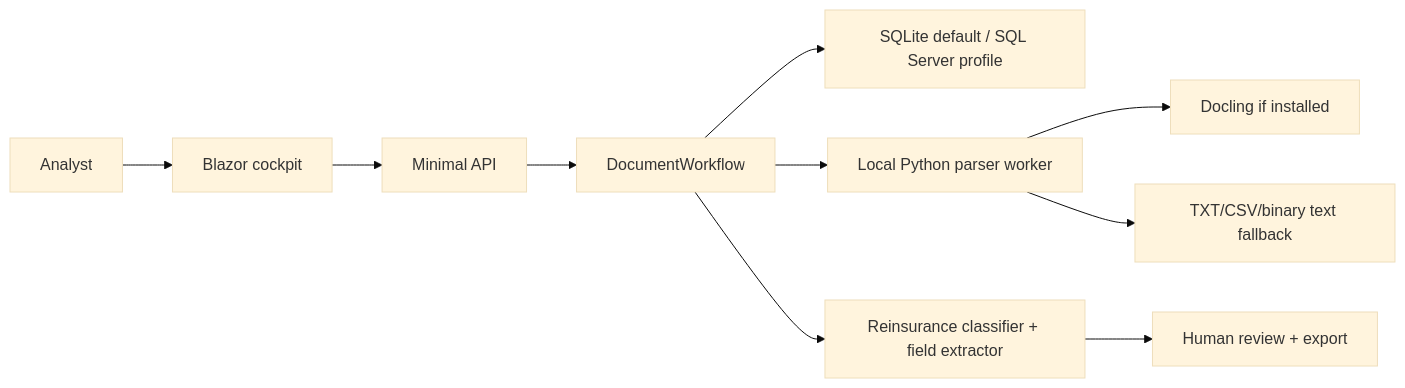
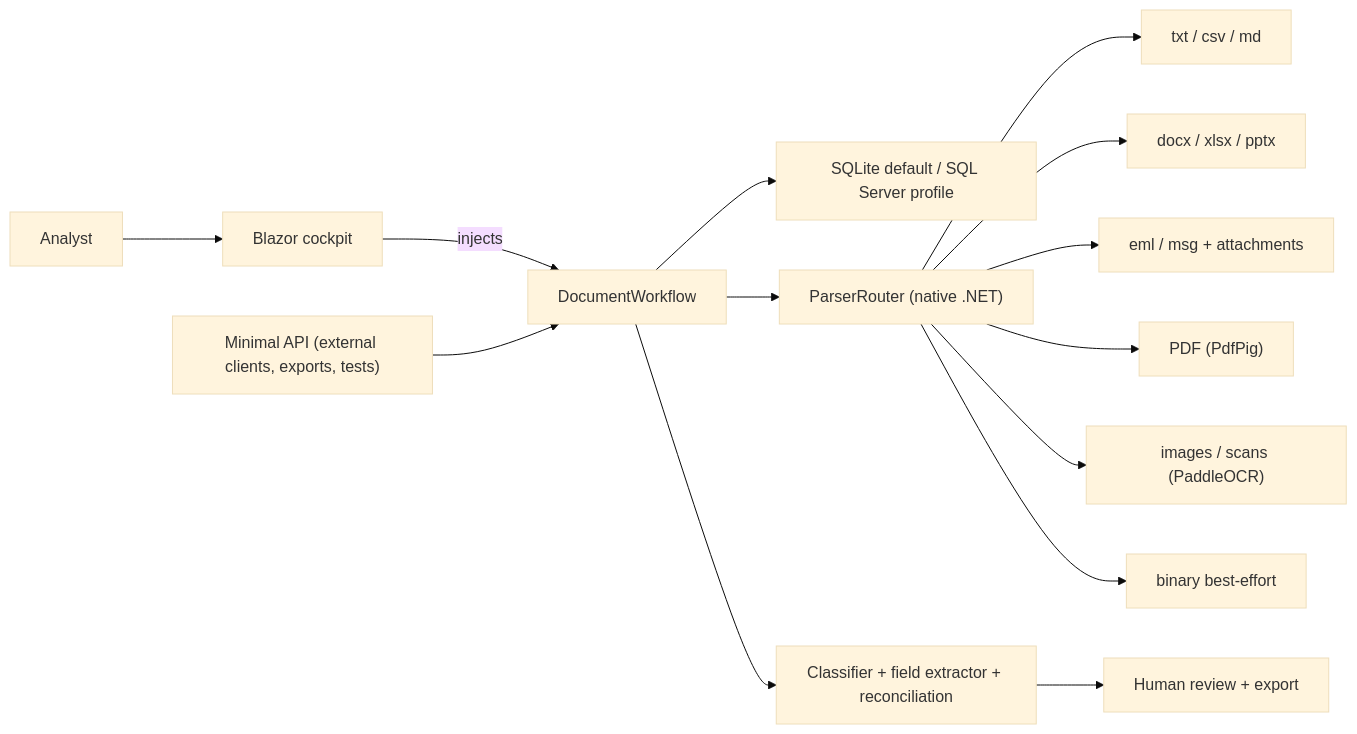
The diagram in docs/architecture.md (xt0n1-t3ch/Reva), drawn with Mermaid (base theme) before and after one commit. The commit also changed other lines of this file and 23 other files, not shown here.

````diff
--- a/docs/architecture.md
+++ b/docs/architecture.md
@@ -7,12 +10,16 @@
 ```mermaid
 flowchart LR
   Analyst["Analyst"] --> UI["Blazor cockpit"]
-  UI --> API["Minimal API"]
-  API --> Workflow["DocumentWorkflow"]
+  UI -->|injects| Workflow["DocumentWorkflow"]
+  API["Minimal API (external clients, exports, tests)"] --> Workflow
   Workflow --> Store["SQLite default / SQL Server profile"]
-  Workflow --> Parser["Local Python parser worker"]
-  Parser --> Docling["Docling if installed"]
-  Parser --> Fallback["TXT/CSV/binary text fallback"]
-  Workflow --> Extractor["Reinsurance classifier + field extractor"]
+  Workflow --> Router["ParserRouter (native .NET)"]
+  Router --> Text["txt / csv / md"]
+  Router --> Office["docx / xlsx / pptx"]
+  Router --> Email["eml / msg + attachments"]
+  Router --> Pdf["PDF (PdfPig)"]
+  Router --> Ocr["images / scans (PaddleOCR)"]
+  Router --> Fallback["binary best-effort"]
+  Workflow --> Extractor["Classifier + field extractor + reconciliation"]
   Extractor --> Review["Human review + export"]
 ```
````
